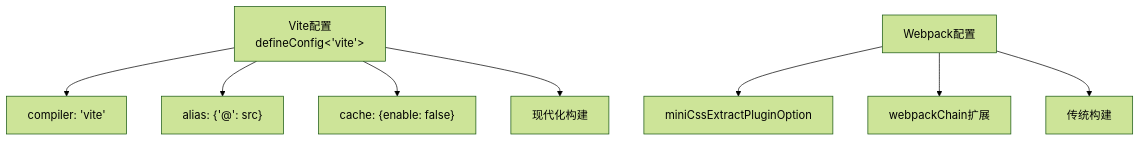
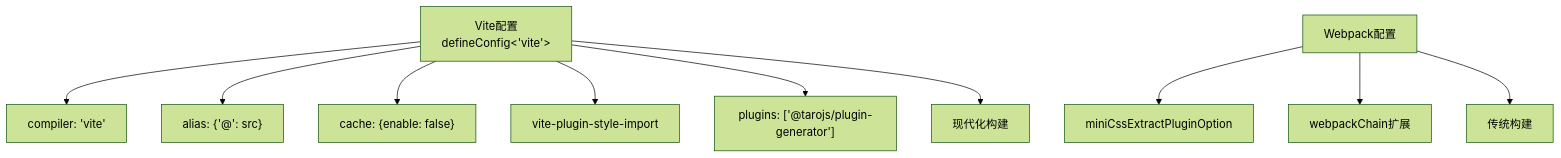
One commit to zuolinbao/redbook changed the sixth of 14 diagrams in .qoder/repowiki/zh/content/架构设计/构建配置系统.md. Above: the diagram before and after it, drawn with Mermaid (forest theme). The commit also changed other lines of this file and 20 other files, not shown here.

````diff
--- a/.qoder/repowiki/zh/content/架构设计/构建配置系统.md
+++ b/.qoder/repowiki/zh/content/架构设计/构建配置系统.md
@@ -135,10 +236,12 @@
 ```mermaid
 flowchart TD
 Vite["Vite配置<br/>defineConfig<'vite'>"] --> Compiler["compiler: 'vite'"]
 Vite --> Alias["alias: {'@': src}"]
 Vite --> Cache["cache: {enable: false}"]
+Vite --> StyleImport["vite-plugin-style-import"]
+Vite --> Plugins["plugins: ['@tarojs/plugin-generator']"]
 Webpack["Webpack配置"] --> MiniCss["miniCssExtractPluginOption"]
 Webpack --> Chain["webpackChain扩展"]
 Vite --> Modern["现代化构建"]
 Webpack --> Legacy["传统构建"]
 ```
````
